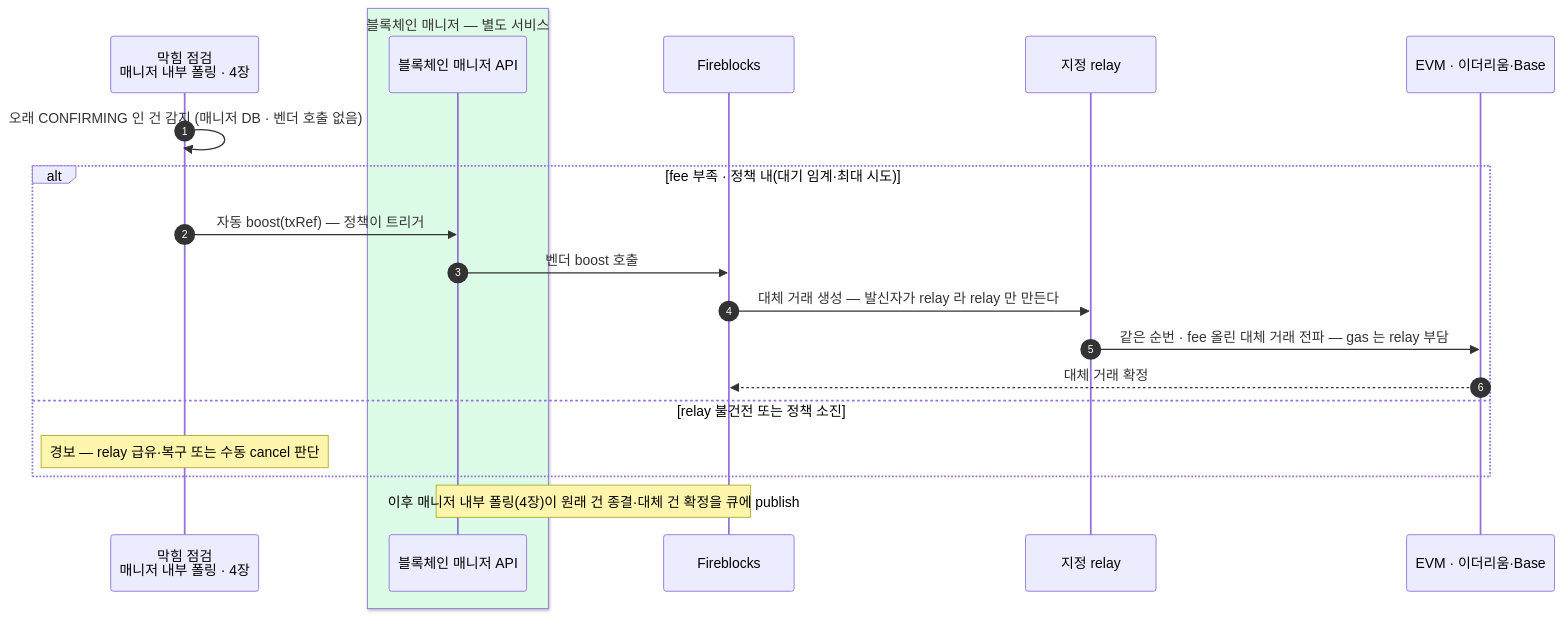
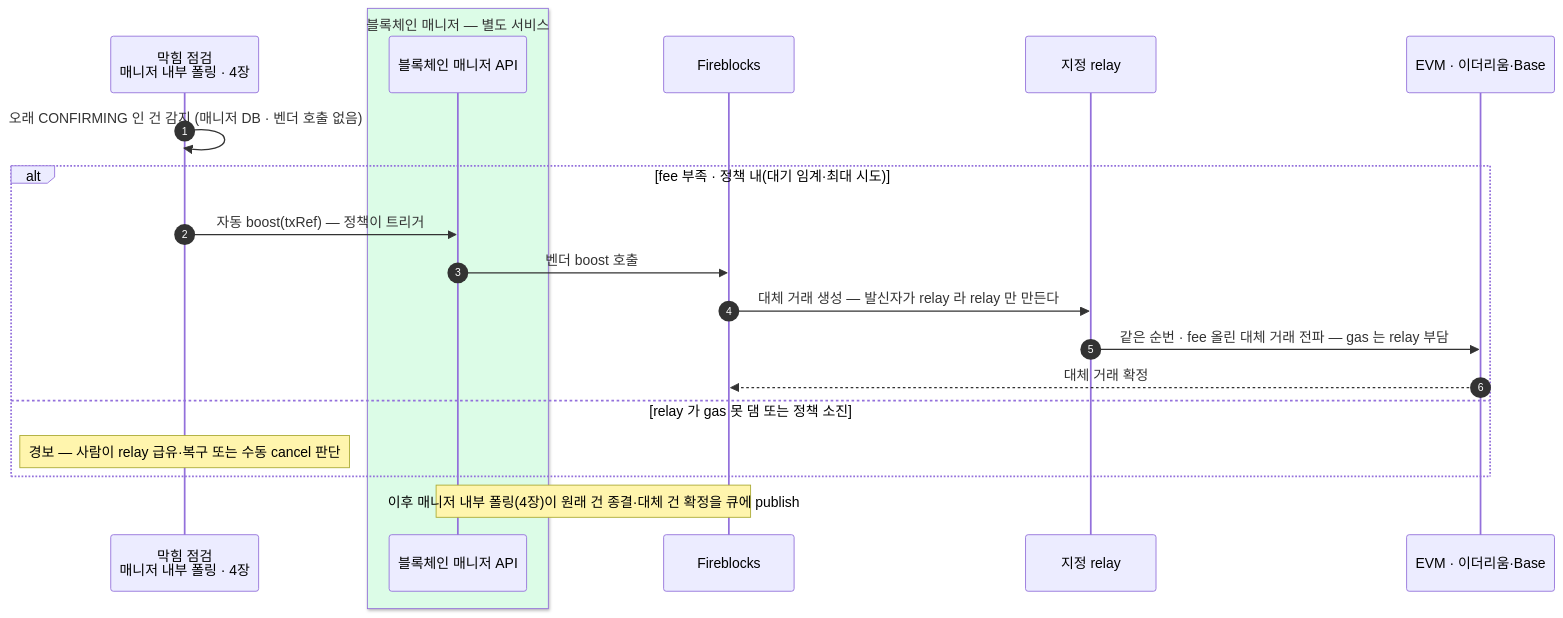
The second of 2 diagrams in blockchain-manager/docs/블록체인매니저/설계/06-withdrawal.md (eunsujeo/eunpus), drawn with Mermaid before and after one commit. The commit also changed other lines of this file and 1 other file, not shown here.

Commit message:
4장: webhook 견주기 문단 제거 · "relay 불건전"→"relay 가 gas 못 댐"(평이) + 경보 이유 명시
경보 = 자동 boost 로 못 살릴 때(정책 소진 또는 relay 가 gas 못 댐)만 → 사람 개입 신호. 6장도 동일 정리.

````diff
--- a/blockchain-manager/docs/블록체인매니저/설계/06-withdrawal.md
+++ b/blockchain-manager/docs/블록체인매니저/설계/06-withdrawal.md
@@ -116,23 +116,23 @@
 ```mermaid
 sequenceDiagram
     autonumber
     participant SW as 막힘 점검<br/>매니저 내부 폴링 · 4장
     box rgb(220,252,231) 블록체인 매니저 — 별도 서비스
     participant BM as 블록체인 매니저 API
     end
     participant FB as Fireblocks
     participant RL as 지정 relay
     participant CH as EVM · 이더리움·Base
 
     SW->>SW: 오래 CONFIRMING 인 건 감지 (매니저 DB · 벤더 호출 없음)
     alt fee 부족 · 정책 내(대기 임계·최대 시도)
         SW->>BM: 자동 boost(txRef) — 정책이 트리거
         BM->>FB: 벤더 boost 호출
         FB->>RL: 대체 거래 생성 — 발신자가 relay 라 relay 만 만든다
         RL->>CH: 같은 순번 · fee 올린 대체 거래 전파 — gas 는 relay 부담
         CH-->>FB: 대체 거래 확정
-    else relay 불건전 또는 정책 소진
-        Note over SW: 경보 — relay 급유·복구 또는 수동 cancel 판단
+    else relay 가 gas 못 댐 또는 정책 소진
+        Note over SW: 경보 — 사람이 relay 급유·복구 또는 수동 cancel 판단
     end
     Note over BM,FB: 이후 매니저 내부 폴링(4장)이 원래 건 종결·대체 건 확정을 큐에 publish
 ```
````
